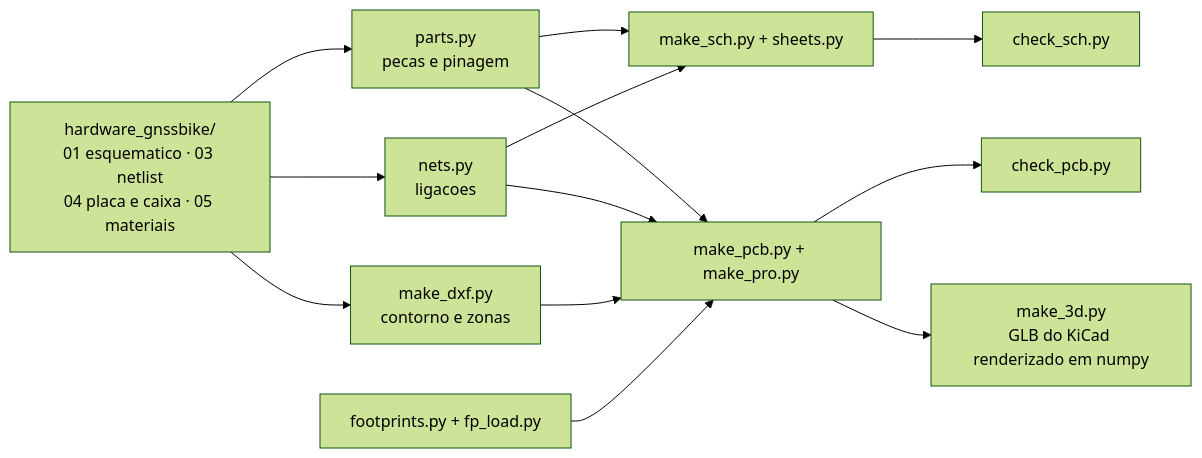
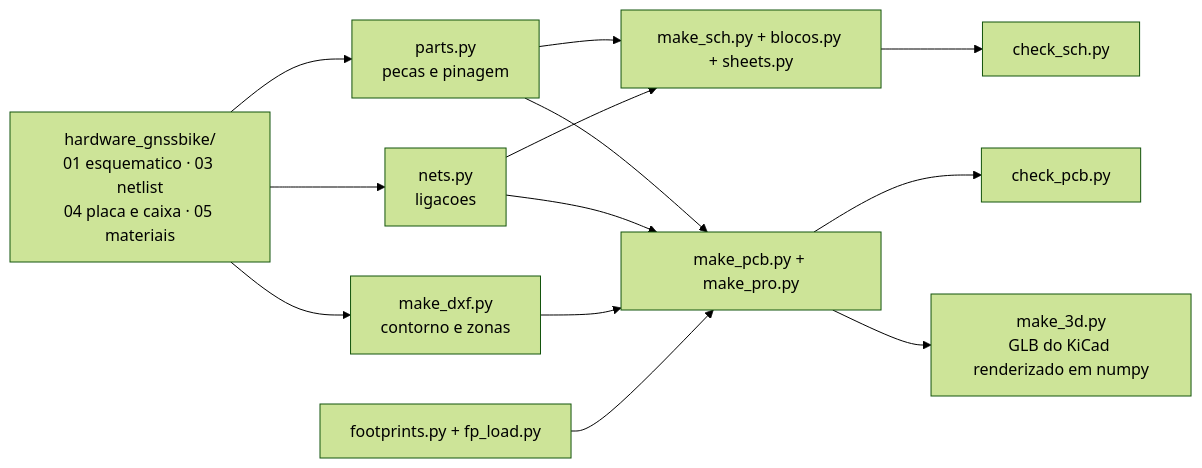
The second of 2 diagrams in hardware_gnssbike/cad/README.md (Guiimartinho/gnss-bike-computer), drawn with Mermaid (forest theme) before and after one commit. The commit also changed other lines of this file and 15 other files, not shown here.

````diff
--- a/hardware_gnssbike/cad/README.md
+++ b/hardware_gnssbike/cad/README.md
@@ -347,16 +375,16 @@
 ```mermaid
 flowchart LR
     DOCS["hardware_gnssbike/<br/>01 esquematico · 03 netlist<br/>04 placa e caixa · 05 materiais"]
     DOCS --> PARTS["parts.py<br/>pecas e pinagem"]
     DOCS --> NETS["nets.py<br/>ligacoes"]
     DOCS --> DXF["make_dxf.py<br/>contorno e zonas"]
-    PARTS --> SCH["make_sch.py + sheets.py"]
+    PARTS --> SCH["make_sch.py + blocos.py + sheets.py"]
     NETS --> SCH
     PARTS --> PCB["make_pcb.py + make_pro.py"]
     NETS --> PCB
     DXF --> PCB
     FP["footprints.py + fp_load.py"] --> PCB
     SCH --> CS["check_sch.py"]
     PCB --> CP["check_pcb.py"]
     PCB --> D3["make_3d.py<br/>GLB do KiCad renderizado em numpy"]
 ```
````
